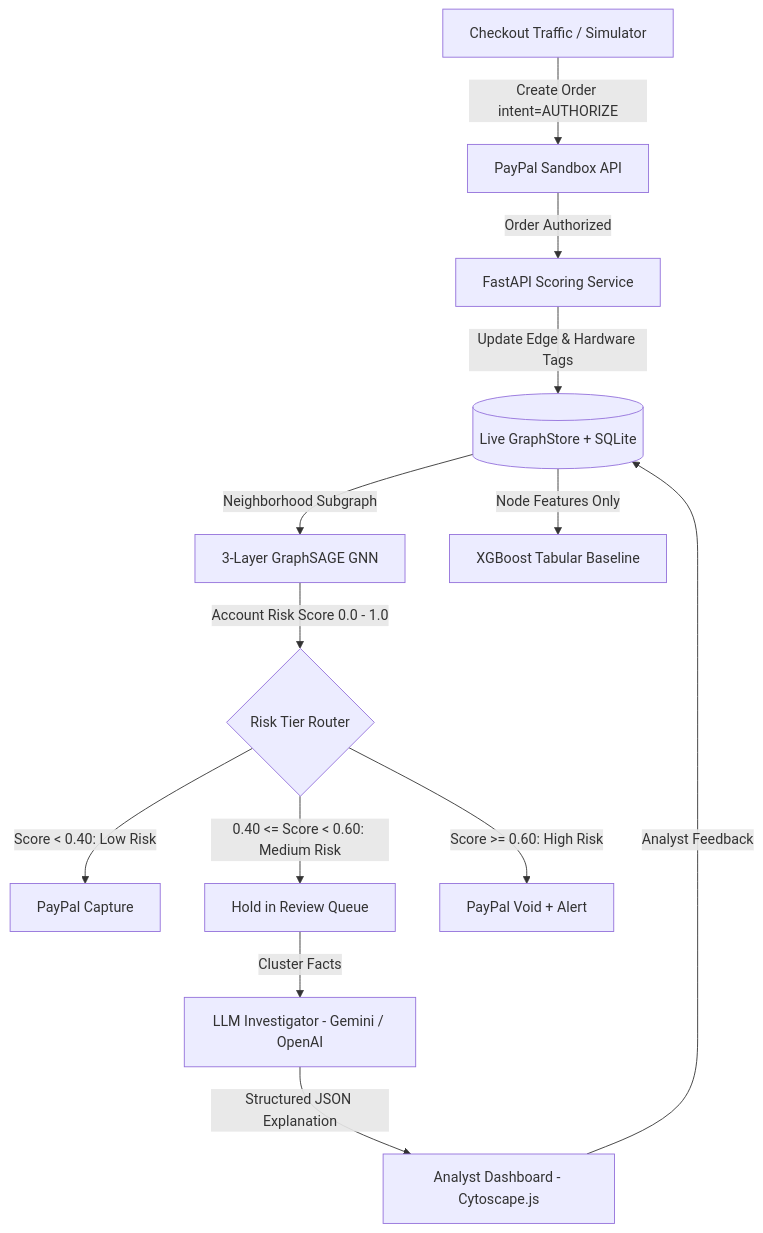
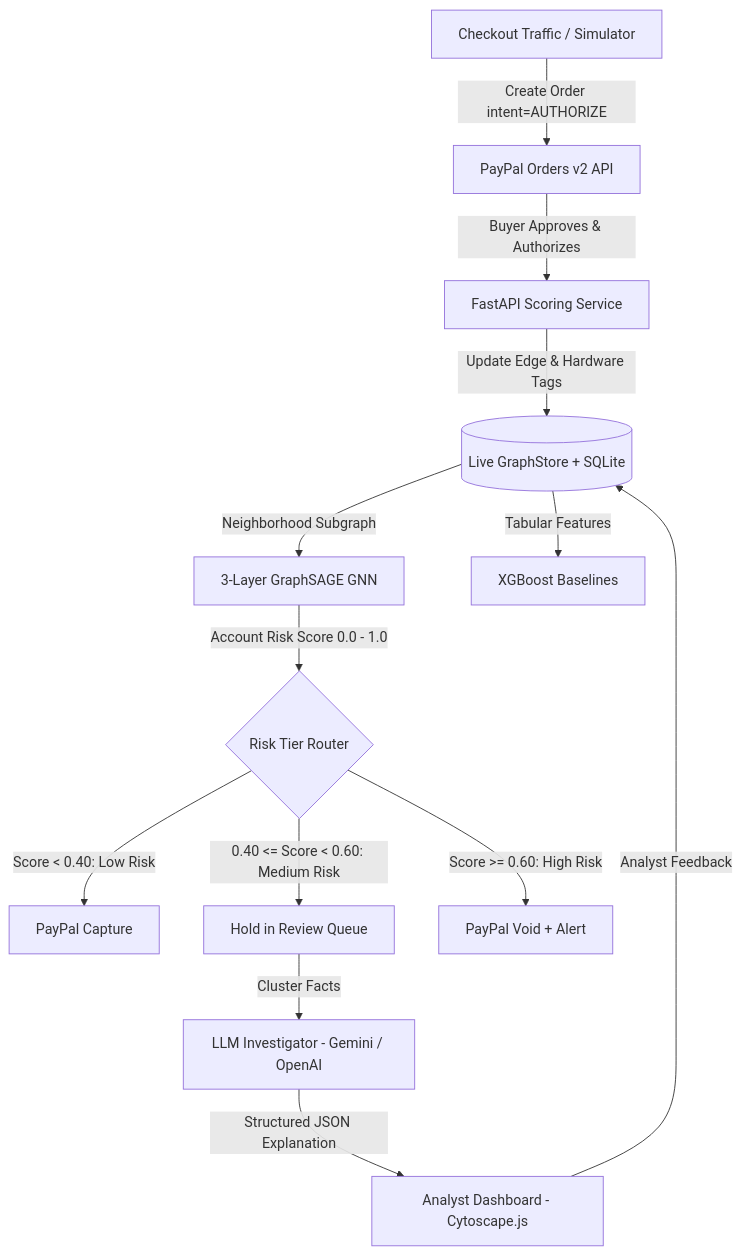
Before and after one commit to Logitghost/RingBreaker: the diagram in README.md, drawn with Mermaid. The commit also changed other lines of this file and 8 other files, not shown here.

Commit message:
fix: resolve all third review findings (schema, thresholds, auth, docs)

````diff
--- a/README.md
+++ b/README.md
@@ -30,15 +30,15 @@
 ```mermaid
 flowchart TD
-    A[Checkout Traffic / Simulator] -->|Create Order intent=AUTHORIZE| B[PayPal Sandbox API]
-    B -->|Order Authorized| C[FastAPI Scoring Service]
+    A[Checkout Traffic / Simulator] -->|Create Order intent=AUTHORIZE| B[PayPal Orders v2 API]
+    B -->|Buyer Approves & Authorizes| C[FastAPI Scoring Service]
     C -->|Update Edge & Hardware Tags| D[(Live GraphStore + SQLite)]
     D -->|Neighborhood Subgraph| E[3-Layer GraphSAGE GNN]
-    D -->|Node Features Only| F[XGBoost Tabular Baseline]
+    D -->|Tabular Features| F[XGBoost Baselines]
     E -->|Account Risk Score 0.0 - 1.0| G{Risk Tier Router}
     G -->|Score < 0.40: Low Risk| H[PayPal Capture]
     G -->|0.40 <= Score < 0.60: Medium Risk| I[Hold in Review Queue]
     G -->|Score >= 0.60: High Risk| J[PayPal Void + Alert]
     I -->|Cluster Facts| K[LLM Investigator - Gemini / OpenAI]
     K -->|Structured JSON Explanation| L[Analyst Dashboard - Cytoscape.js]
     L -->|Analyst Feedback| D
 ```
````
